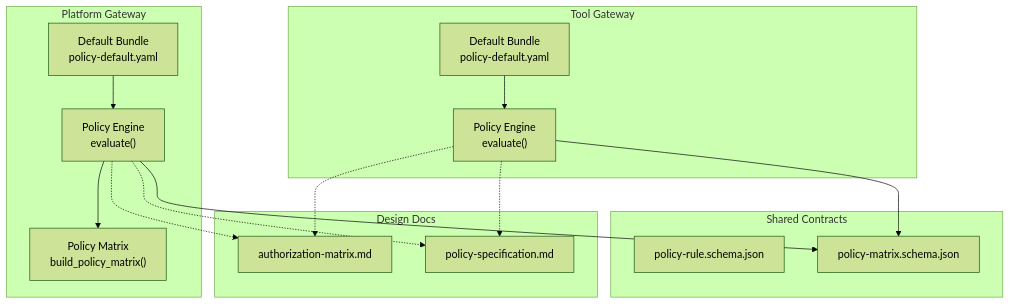
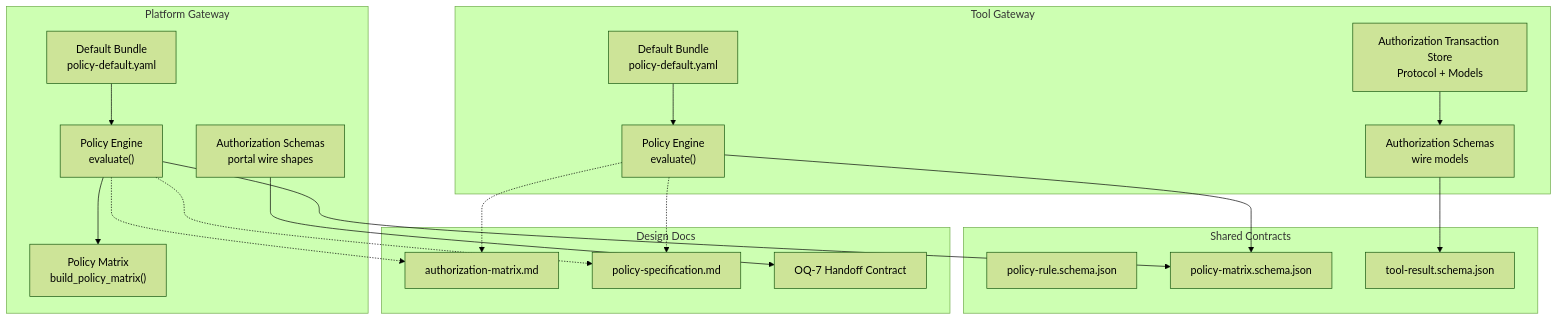
The first of 12 diagrams in .qoder/repowiki/en/content/Core Services/Platform Gateway/Policy Engine and Authorization.md (metasync/luban-aiops), drawn with Mermaid (forest theme) before and after one commit. The commit also changed other lines of this file and 215 other files, not shown here.

````diff
--- a/.qoder/repowiki/en/content/Core Services/Platform Gateway/Policy Engine and Authorization.md
+++ b/.qoder/repowiki/en/content/Core Services/Platform Gateway/Policy Engine and Authorization.md
@@ -36,29 +55,37 @@
 ```mermaid
 graph TB
 subgraph "Platform Gateway"
 PGE["Policy Engine<br/>evaluate()"]
 PMX["Policy Matrix<br/>build_policy_matrix()"]
 POLY["Default Bundle<br/>policy-default.yaml"]
+PGW_AUTH["Authorization Schemas<br/>portal wire shapes"]
 end
 subgraph "Tool Gateway"
 TGE["Policy Engine<br/>evaluate()"]
 TOLY["Default Bundle<br/>policy-default.yaml"]
+AUTH_TX["Authorization Transaction Store<br/>Protocol + Models"]
+AUTH_SCHEMA["Authorization Schemas<br/>wire models"]
 end
 subgraph "Shared Contracts"
 SCHEMA_RULE["policy-rule.schema.json"]
 SCHEMA_MATRIX["policy-matrix.schema.json"]
+TOOL_RESULT["tool-result.schema.json"]
 end
 subgraph "Design Docs"
 AUTHZ["authorization-matrix.md"]
 POLSPEC["policy-specification.md"]
+OQ7["OQ-7 Handoff Contract"]
 end
 POLY --> PGE
 TOLY --> TGE
 PGE --> PMX
 PGE --> SCHEMA_MATRIX
 TGE --> SCHEMA_MATRIX
+AUTH_TX --> AUTH_SCHEMA
+AUTH_SCHEMA --> TOOL_RESULT
+PGW_AUTH --> OQ7
 PGE -.-> AUTHZ
 TGE -.-> AUTHZ
 PGE -.-> POLSPEC
 TGE -.-> POLSPEC
 ```
````
